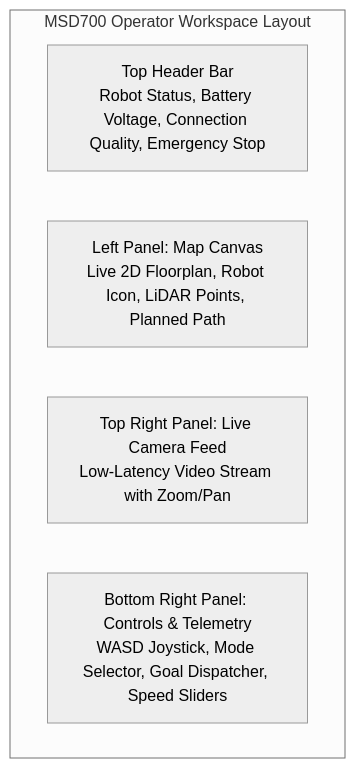
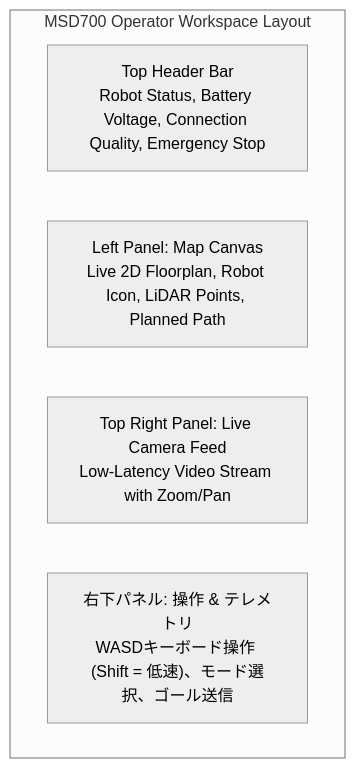
Before and after one commit to itbdelaboprogramming/msd700_documentation: the second of 4 diagrams in docs/ja/user-guide/quick-start.md, drawn with Mermaid (neutral theme). The commit also changed other lines of this file and 32 other files, not shown here.

````diff
--- a/docs/ja/user-guide/quick-start.md
+++ b/docs/ja/user-guide/quick-start.md
@@ -53,9 +53,9 @@
 ```mermaid
 flowchart TD
   subgraph Workspace["MSD700 Operator Workspace Layout"]
     TOP["Top Header Bar<br/>Robot Status, Battery Voltage, Connection Quality, Emergency Stop"]
     LEFT["Left Panel: Map Canvas<br/>Live 2D Floorplan, Robot Icon, LiDAR Points, Planned Path"]
     RIGHT_TOP["Top Right Panel: Live Camera Feed<br/>Low-Latency Video Stream with Zoom/Pan"]
-    RIGHT_BOT["Bottom Right Panel: Controls & Telemetry<br/>WASD Joystick, Mode Selector, Goal Dispatcher, Speed Sliders"]
+    RIGHT_BOT["右下パネル: 操作 & テレメトリ<br/>WASDキーボード操作 (Shift = 低速)、モード選択、ゴール送信"]
   end
 ```
````
